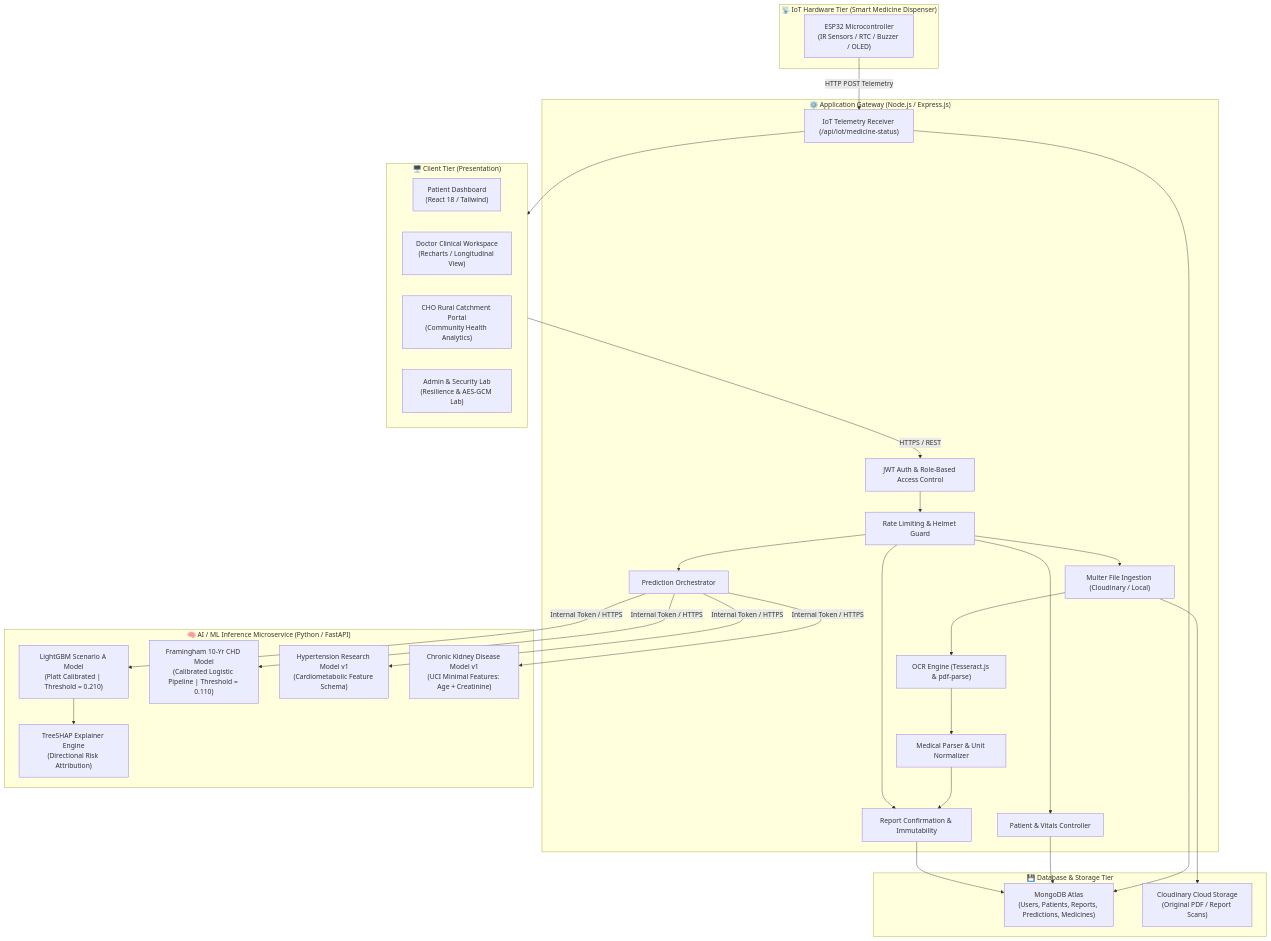
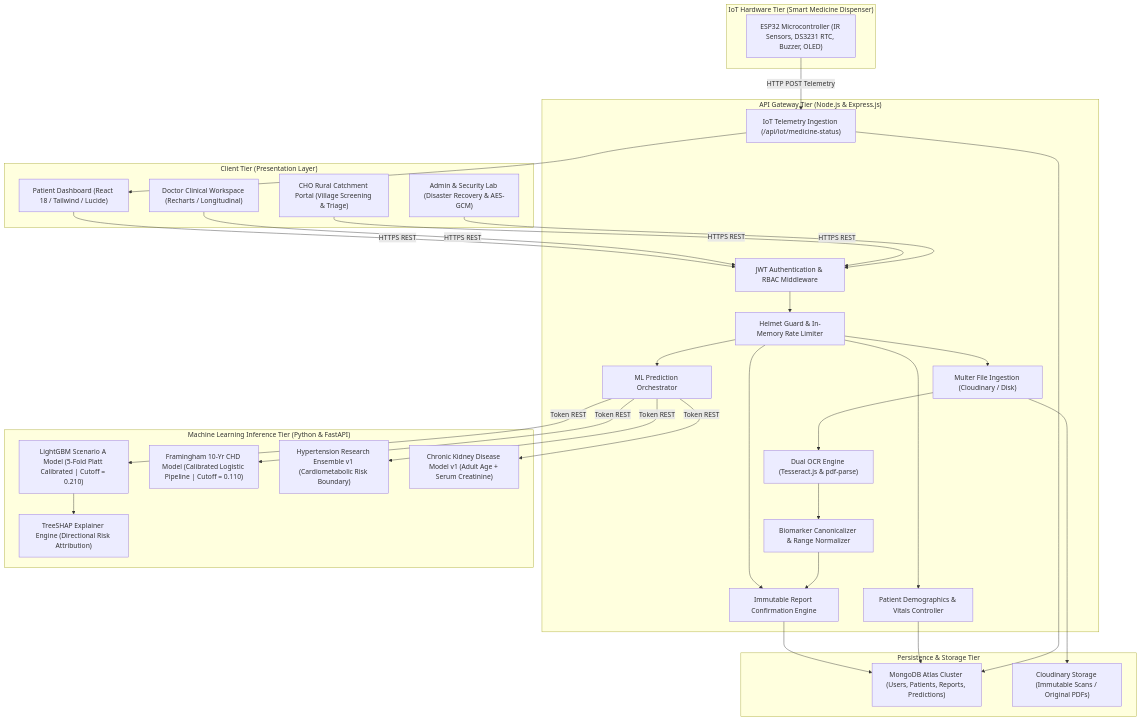
The first of 4 diagrams in README.md (TejasNere99/medscan-ncd), drawn with Mermaid before and after one commit. The commit also changed other lines of this file and 25 other files, not shown here.

Commit message:
docs: update README, add diagrams, screenshots, and YouTube video link

````diff
--- a/README.md
+++ b/README.md
@@ -106,68 +249,67 @@
 ```mermaid
 flowchart TD
-    subgraph ClientTier ["🖥️ Client Tier (Presentation)"]
-        PatientUI["Patient Dashboard<br/>(React 18 / Tailwind)"]
-        DoctorUI["Doctor Clinical Workspace<br/>(Recharts / Longitudinal View)"]
-        ChoUI["CHO Rural Catchment Portal<br/>(Community Health Analytics)"]
-        AdminUI["Admin & Security Lab<br/>(Resilience & AES-GCM Lab)"]
+    subgraph ClientTier ["Client Tier (Presentation Layer)"]
+        PatientUI["Patient Dashboard (React 18 / Tailwind / Lucide)"]
+        DoctorUI["Doctor Clinical Workspace (Recharts / Longitudinal)"]
+        ChoUI["CHO Rural Catchment Portal (Village Screening & Triage)"]
+        AdminUI["Admin & Security Lab (Disaster Recovery & AES-GCM)"]
     end
 
-    subgraph GatewayTier ["⚙️ Application Gateway (Node.js / Express.js)"]
-        AuthMid["JWT Auth & Role-Based Access Control"]
-        RateLimit["Rate Limiting & Helmet Guard"]
-        UploadHandler["Multer File Ingestion (Cloudinary / Local)"]
-        OcrEngine["OCR Engine (Tesseract.js & pdf-parse)"]
-        Parser["Medical Parser & Unit Normalizer"]
-        PatientController["Patient & Vitals Controller"]
-        ReportController["Report Confirmation & Immutability"]
-        PredictionRouter["Prediction Orchestrator"]
-        IotController["IoT Telemetry Receiver (/api/iot/medicine-status)"]
+    subgraph GatewayTier ["API Gateway Tier (Node.js & Express.js)"]
+        AuthMid["JWT Authentication & RBAC Middleware"]
+        RateLimit["Helmet Guard & In-Memory Rate Limiter"]
+        UploadHandler["Multer File Ingestion (Cloudinary / Disk)"]
+        OcrEngine["Dual OCR Engine (Tesseract.js & pdf-parse)"]
+        Parser["Biomarker Canonicalizer & Range Normalizer"]
+        PatientController["Patient Demographics & Vitals Controller"]
+        ReportController["Immutable Report Confirmation Engine"]
+        PredictionRouter["ML Prediction Orchestrator"]
+        IotController["IoT Telemetry Ingestion (/api/iot/medicine-status)"]
     end
 
-    subgraph StorageTier ["💾 Database & Storage Tier"]
-        Mongo["MongoDB Atlas<br/>(Users, Patients, Reports, Predictions, Medicines)"]
-        CloudinaryStore["Cloudinary Cloud Storage<br/>(Original PDF / Report Scans)"]
+    subgraph StorageTier ["Persistence & Storage Tier"]
+        Mongo["MongoDB Atlas Cluster (Users, Patients, Reports, Predictions)"]
+        CloudinaryStore["Cloudinary Storage (Immutable Scans / Original PDFs)"]
     end
 
-    subgraph MlTier ["🧠 AI / ML Inference Microservice (Python / FastAPI)"]
-        DiabetesModel["LightGBM Scenario A Model<br/>(Platt Calibrated | Threshold = 0.210)"]
-        HeartModel["Framingham 10-Yr CHD Model<br/>(Calibrated Logistic Pipeline | Threshold = 0.110)"]
-        HypModel["Hypertension Research Model v1<br/>(Cardiometabolic Feature Schema)"]
-        CkdModel["Chronic Kidney Disease Model v1<br/>(UCI Minimal Features: Age + Creatinine)"]
-        ShapEngine["TreeSHAP Explainer Engine<br/>(Directional Risk Attribution)"]
+    subgraph MlTier ["Machine Learning Inference Tier (Python & FastAPI)"]
+        DiabetesModel["LightGBM Scenario A Model (5-Fold Platt Calibrated | Cutoff = 0.210)"]
+        HeartModel["Framingham 10-Yr CHD Model (Calibrated Logistic Pipeline | Cutoff = 0.110)"]
+        HypModel["Hypertension Research Ensemble v1 (Cardiometabolic Risk Boundary)"]
+        CkdModel["Chronic Kidney Disease Model v1 (Adult Age + Serum Creatinine)"]
+        ShapEngine["TreeSHAP Explainer Engine (Directional Risk Attribution)"]
     end
 
-    subgraph IotTier ["📡 IoT Hardware Tier (Smart Medicine Dispenser)"]
-        Esp32["ESP32 Microcontroller<br/>(IR Sensors / RTC / Buzzer / OLED)"]
+    subgraph IotTier ["IoT Hardware Tier (Smart Medicine Dispenser)"]
+        Esp32["ESP32 Microcontroller (IR Sensors, DS3231 RTC, Buzzer, OLED)"]
     end
 
-    %% Client to Gateway
-    ClientTier -->|HTTPS / REST| AuthMid
+    PatientUI -->|HTTPS REST| AuthMid
+    DoctorUI -->|HTTPS REST| AuthMid
+    ChoUI -->|HTTPS REST| AuthMid
+    AdminUI -->|HTTPS REST| AuthMid
+
     AuthMid --> RateLimit
     RateLimit --> UploadHandler
     RateLimit --> PatientController
     RateLimit --> ReportController
     RateLimit --> PredictionRouter
 
-    %% OCR Pipeline
     UploadHandler --> OcrEngine
     OcrEngine --> Parser
     Parser --> ReportController
 
-    %% Gateway to Storage
     ReportController --> Mongo
     PatientController --> Mongo
     UploadHandler --> CloudinaryStore
 
-    %% Gateway to ML Microservice
-    PredictionRouter -->|Internal Token / HTTPS| DiabetesModel
-    PredictionRouter -->|Internal Token / HTTPS| HeartModel
-    PredictionRouter -->|Internal Token / HTTPS| HypModel
-    PredictionRouter -->|Internal Token / HTTPS| CkdModel
+    PredictionRouter -->|Token REST| DiabetesModel
+    PredictionRouter -->|Token REST| HeartModel
+    PredictionRouter -->|Token REST| HypModel
+    PredictionRouter -->|Token REST| CkdModel
     DiabetesModel --> ShapEngine
 
-    %% IoT Telemetry
     Esp32 -->|HTTP POST Telemetry| IotController
     IotController --> Mongo
-    IotController --> ClientTier
+    IotController --> PatientUI
 ```
````
